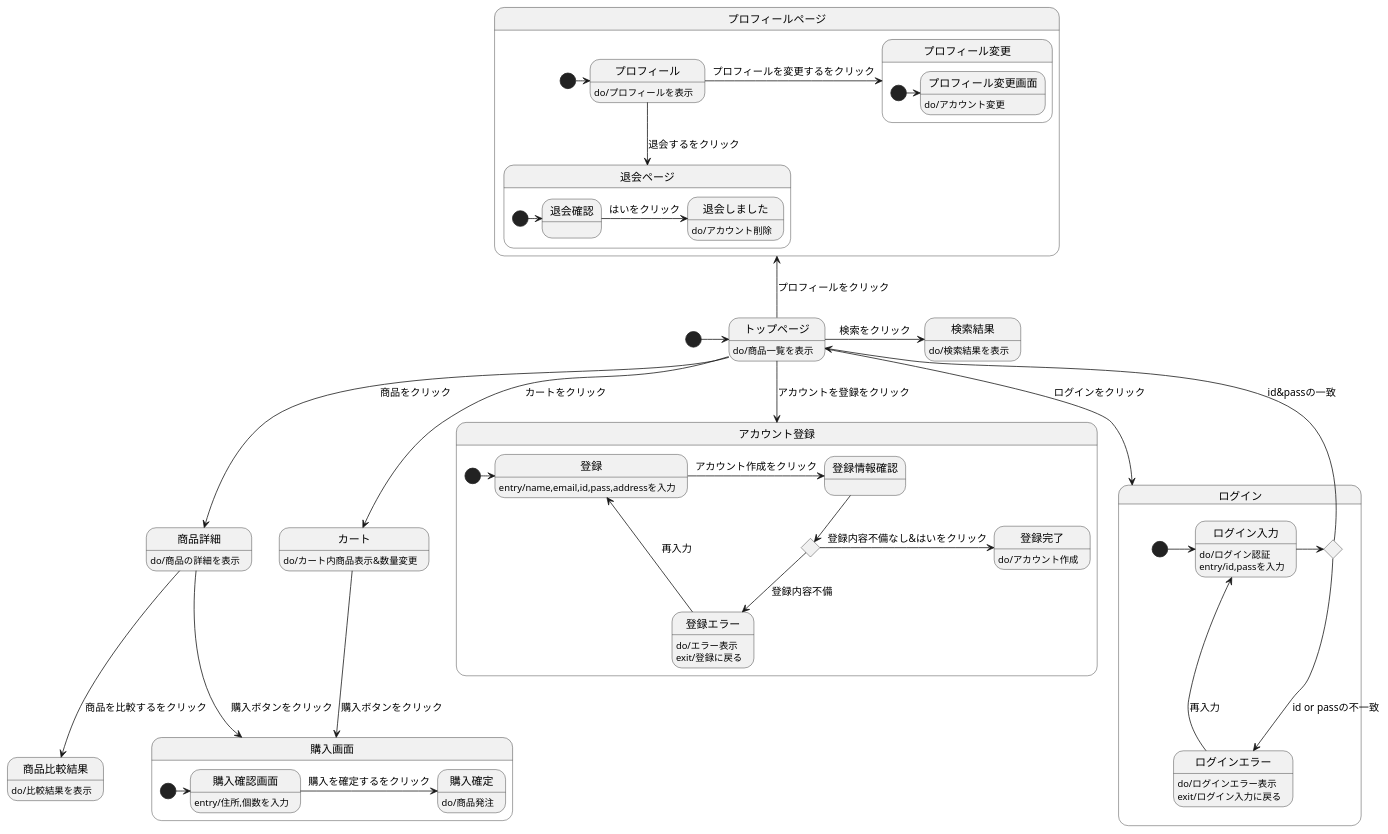
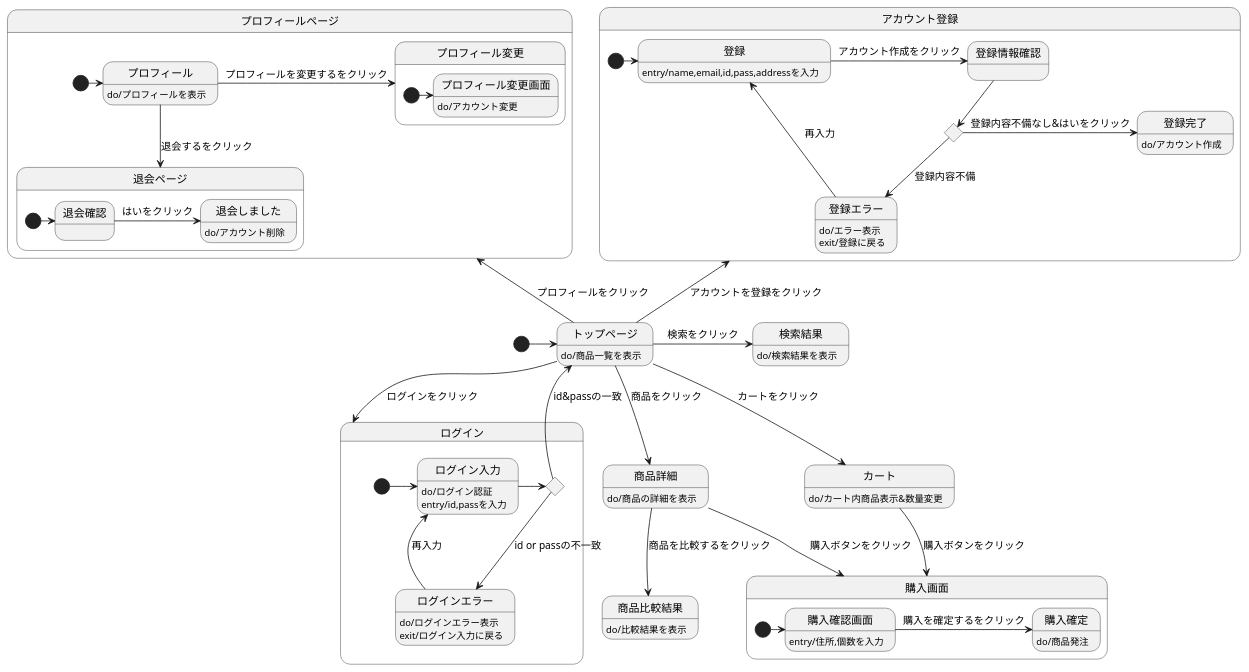
One commit to Aso2001159/2021sys-design changed the diagram in stm01.md. Above: the diagram before and after it, drawn with PlantUML.

````diff
--- a/stm01.md
+++ b/stm01.md
@@ -1,68 +1,68 @@
 ```uml
 
 @startuml
 [*]->トップページ
 トップページ : do/商品一覧を表示
 トップページ-->商品詳細 : 商品をクリック
   商品詳細 : do/商品の詳細を表示
   商品詳細 --> 商品比較結果 : 商品を比較するをクリック
   商品比較結果 : do/比較結果を表示
   商品詳細-> 購入画面 :　購入ボタンをクリック
 トップページ-down->ログイン :ログインをクリック
 state ログイン{
   state r確認 <<choice>>
   [*] -> ログイン入力 
   ログイン入力 : do/ログイン認証
   ログイン入力 : entry/id,passを入力
   ログイン入力 -> r確認
   r確認 -> トップページ : id&passの一致
    r確認 --> ログインエラー : id or passの不一致
     ログインエラー :do/ログインエラー表示
     ログインエラー : exit/ログイン入力に戻る
   ログインエラー -> ログイン入力 : 再入力
 
 }
 トップページ-->カート :カートをクリック
 カート --> 購入画面 : 購入ボタンをクリック
 カート : do/カート内商品表示&数量変更
 state 購入画面{
   [*]-> 購入確認画面
   購入確認画面 : entry/住所,個数を入力
   購入確認画面 -> 購入確定 : 購入を確定するをクリック
   購入確定 : do/商品発注
 }
 state アカウント登録{
 [*]-> 登録 
-  トップページ--> アカウント登録 :アカウントを登録をクリック
+  トップページ-up-> アカウント登録 :アカウントを登録をクリック
   state t確認 <<choice>>
   登録 : entry/name,email,id,pass,addressを入力
   登録 ->登録情報確認: アカウント作成をクリック
   登録情報確認 --> t確認 
   t確認 --> 登録エラー : 登録内容不備
     登録エラー : do/エラー表示
     登録エラー : exit/登録に戻る
    登録エラー -> 登録 : 再入力
   t確認 -> 登録完了: 登録内容不備なし&はいをクリック
     登録完了: do/アカウント作成
   }
 トップページ->検索結果 :検索をクリック
   検索結果 : do/検索結果を表示
 トップページ-up->プロフィールページ :プロフィールをクリック
 state プロフィールページ{
 [*] -> プロフィール
 プロフィール : do/プロフィールを表示
   プロフィール -->退会ページ :退会するをクリック
   state 退会ページ{
     [*]-> 退会確認 
     退会確認-> 退会しました : はいをクリック
       退会しました : do/アカウント削除
     }
     プロフィール -> プロフィール変更 : プロフィールを変更するをクリック
     state プロフィール変更{
       [*]-> プロフィール変更画面
       プロフィール変更画面 : do/アカウント変更
     }
  }
 @enduml
 
 ```
````
